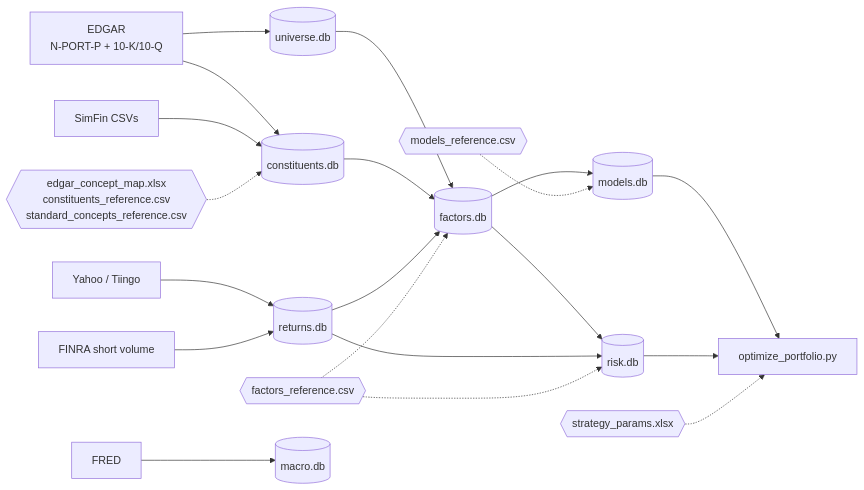
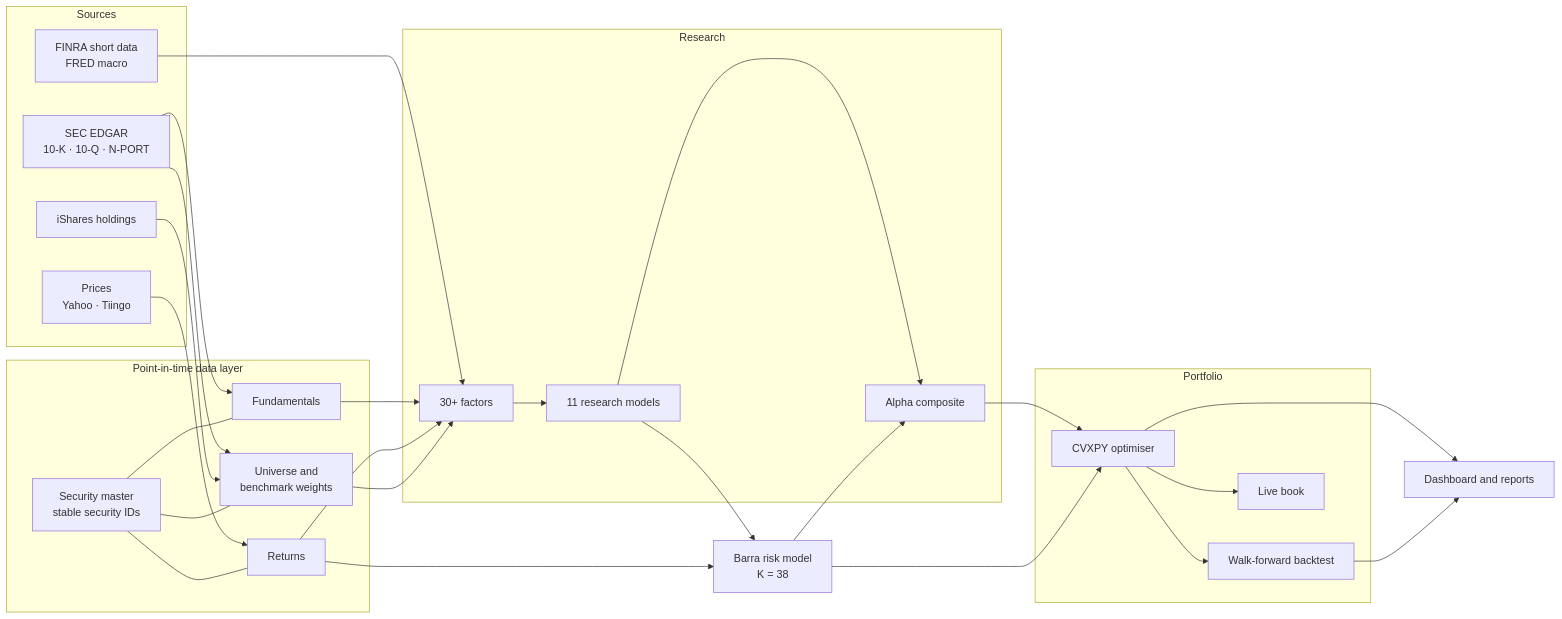
Before and after one commit to TheQuantFather/quant-systematic-equity: the first of 6 diagrams in README.md, drawn with Mermaid. The commit also changed other lines of this file and 56 other files, not shown here.

````diff
--- a/README.md
+++ b/README.md
@@ -301,44 +24,40 @@
 ```mermaid
 flowchart LR
-    EDGAR["EDGAR<br/>N-PORT-P + 10-K/10-Q"]
-    SIMFIN["SimFin CSVs"]
-    PRICES["Yahoo / Tiingo"]
-    FINRA["FINRA short volume"]
-    FRED["FRED"]
+    subgraph SRC["Sources"]
+        EDGAR["SEC EDGAR<br/>10-K · 10-Q · N-PORT"]
+        ISH["iShares holdings"]
+        PX["Prices<br/>Yahoo · Tiingo"]
+        ALT["FINRA short data<br/>FRED macro"]
+    end
+    subgraph DATA["Point-in-time data layer"]
+        SM["Security master<br/>stable security IDs"]
+        UNI["Universe and<br/>benchmark weights"]
+        FUND["Fundamentals"]
+        RET["Returns"]
+    end
+    subgraph RES["Research"]
+        FAC["30+ factors"]
+        MOD["11 research models"]
+        ALPHA["Alpha composite"]
+    end
+    RISK["Barra risk model<br/>K = 38"]
+    subgraph PORT["Portfolio"]
+        OPT["CVXPY optimiser"]
+        BT["Walk-forward backtest"]
+        LIVE["Live book"]
+    end
+    DASH["Dashboard and reports"]
 
-    CMAP{{"edgar_concept_map.xlsx<br/>constituents_reference.csv<br/>standard_concepts_reference.csv"}}
-    FREF{{"factors_reference.csv"}}
-    MREF{{"models_reference.csv"}}
-    SPAR{{"strategy_params.xlsx"}}
-
-    UNI[("universe.db")]
-    CON[("constituents.db")]
-    RET[("returns.db")]
-    MAC[("macro.db")]
-    FAC[("factors.db")]
-    MOD[("models.db")]
-    RISK[("risk.db")]
-    OPT["optimize_portfolio.py"]
-
-    EDGAR --> UNI
-    EDGAR --> CON
-    SIMFIN --> CON
-    CMAP -.-> CON
-    PRICES --> RET
-    FINRA --> RET
-    FRED --> MAC
-
-    UNI --> FAC
-    CON --> FAC
-    RET --> FAC
-    FREF -.-> FAC
-    FAC --> MOD
-    MREF -.-> MOD
-    FAC --> RISK
+    EDGAR --> FUND & UNI
+    ISH --> UNI
+    PX --> RET
+    ALT --> FAC
+    SM --- UNI & FUND & RET
+    FUND & RET & UNI --> FAC --> MOD --> ALPHA
+    MOD --> RISK
     RET --> RISK
-    FREF -.-> RISK
-
-    MOD --> OPT
-    RISK --> OPT
-    SPAR -.-> OPT
+    RISK --> ALPHA
+    ALPHA & RISK --> OPT --> BT & LIVE
+    OPT --> DASH
+    BT --> DASH
 ```
````
